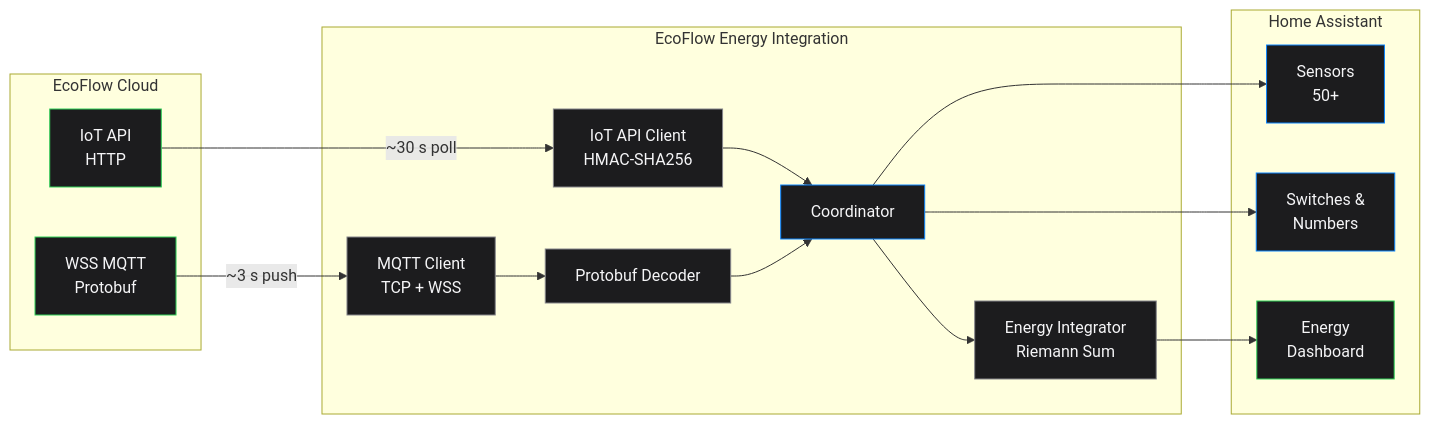
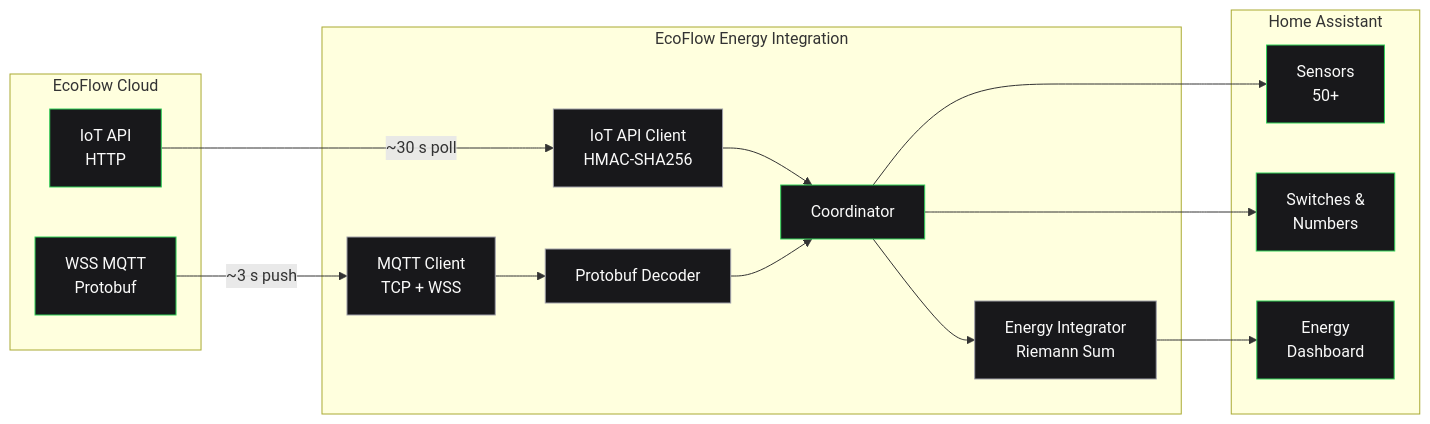
The diagram in README.md (shuette42/ecoflow-energy-ha), drawn with Mermaid before and after one commit. The commit also changed other lines of this file, not shown here.

Commit message:
docs: apply EcoFlow brand colors to architecture diagram, fix tagline

````diff
--- a/README.md
+++ b/README.md
@@ -333,42 +333,42 @@
 ```mermaid
 graph LR
     subgraph EcoFlow Cloud
         A[IoT API<br>HTTP]
         B[WSS MQTT<br>Protobuf]
     end
 
     subgraph EcoFlow Energy Integration
         C[Coordinator]
         D[IoT API Client<br>HMAC-SHA256]
         E[MQTT Client<br>TCP + WSS]
         F[Protobuf Decoder]
         G[Energy Integrator<br>Riemann Sum]
     end
 
     subgraph Home Assistant
         H[Sensors<br>50+]
         I[Switches &<br>Numbers]
         J[Energy<br>Dashboard]
     end
 
     A -- "~30 s poll" --> D
     B -- "~3 s push" --> E
     E --> F
     D --> C
     F --> C
     C --> G
     C --> H
     C --> I
     G --> J
 
-    style A fill:#1C1C1E,stroke:#30D158,color:#F5F5F7
-    style B fill:#1C1C1E,stroke:#30D158,color:#F5F5F7
-    style C fill:#1C1C1E,stroke:#0A84FF,color:#F5F5F7
-    style D fill:#1C1C1E,stroke:#86868B,color:#F5F5F7
-    style E fill:#1C1C1E,stroke:#86868B,color:#F5F5F7
-    style F fill:#1C1C1E,stroke:#86868B,color:#F5F5F7
-    style G fill:#1C1C1E,stroke:#86868B,color:#F5F5F7
-    style H fill:#1C1C1E,stroke:#0A84FF,color:#F5F5F7
-    style I fill:#1C1C1E,stroke:#0A84FF,color:#F5F5F7
-    style J fill:#1C1C1E,stroke:#30D158,color:#F5F5F7
+    style A fill:#18181B,stroke:#30D158,color:#FAFAFA
+    style B fill:#18181B,stroke:#30D158,color:#FAFAFA
+    style C fill:#18181B,stroke:#30D158,color:#FAFAFA
+    style D fill:#18181B,stroke:#A1A1AA,color:#FAFAFA
+    style E fill:#18181B,stroke:#A1A1AA,color:#FAFAFA
+    style F fill:#18181B,stroke:#A1A1AA,color:#FAFAFA
+    style G fill:#18181B,stroke:#A1A1AA,color:#FAFAFA
+    style H fill:#18181B,stroke:#30D158,color:#FAFAFA
+    style I fill:#18181B,stroke:#30D158,color:#FAFAFA
+    style J fill:#18181B,stroke:#30D158,color:#FAFAFA
 ```
````
